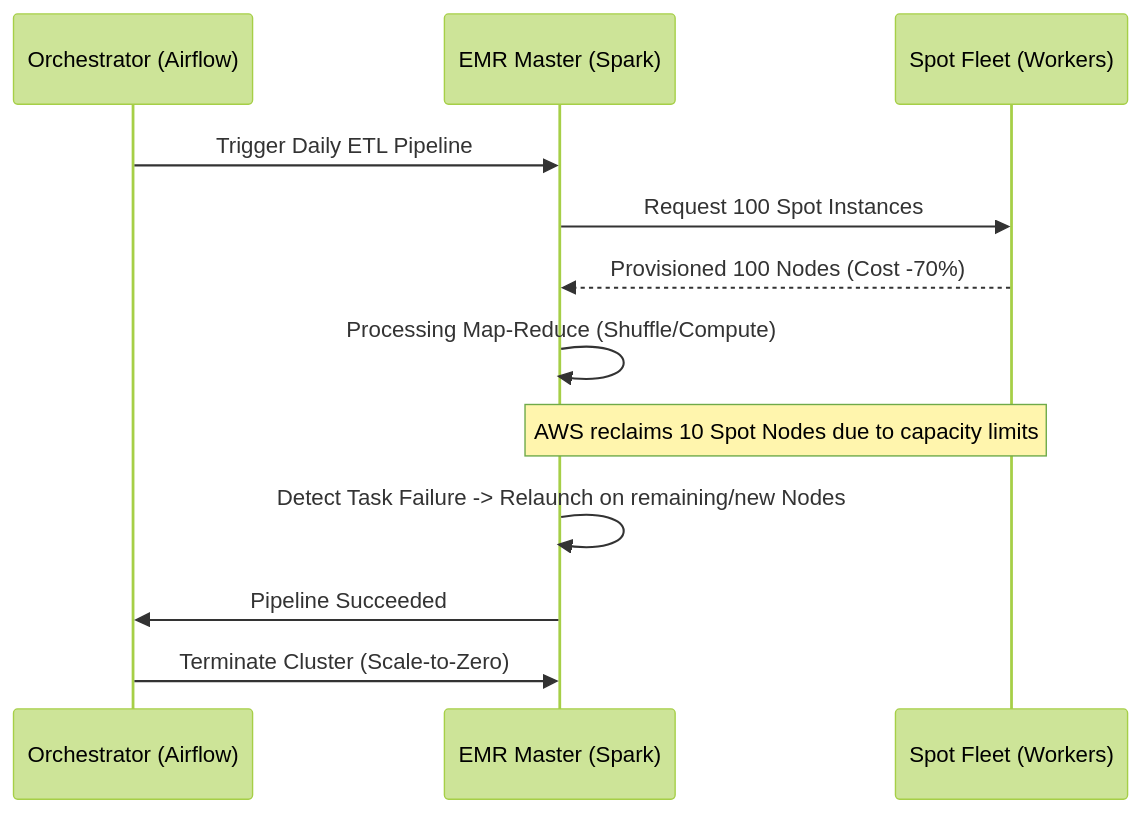
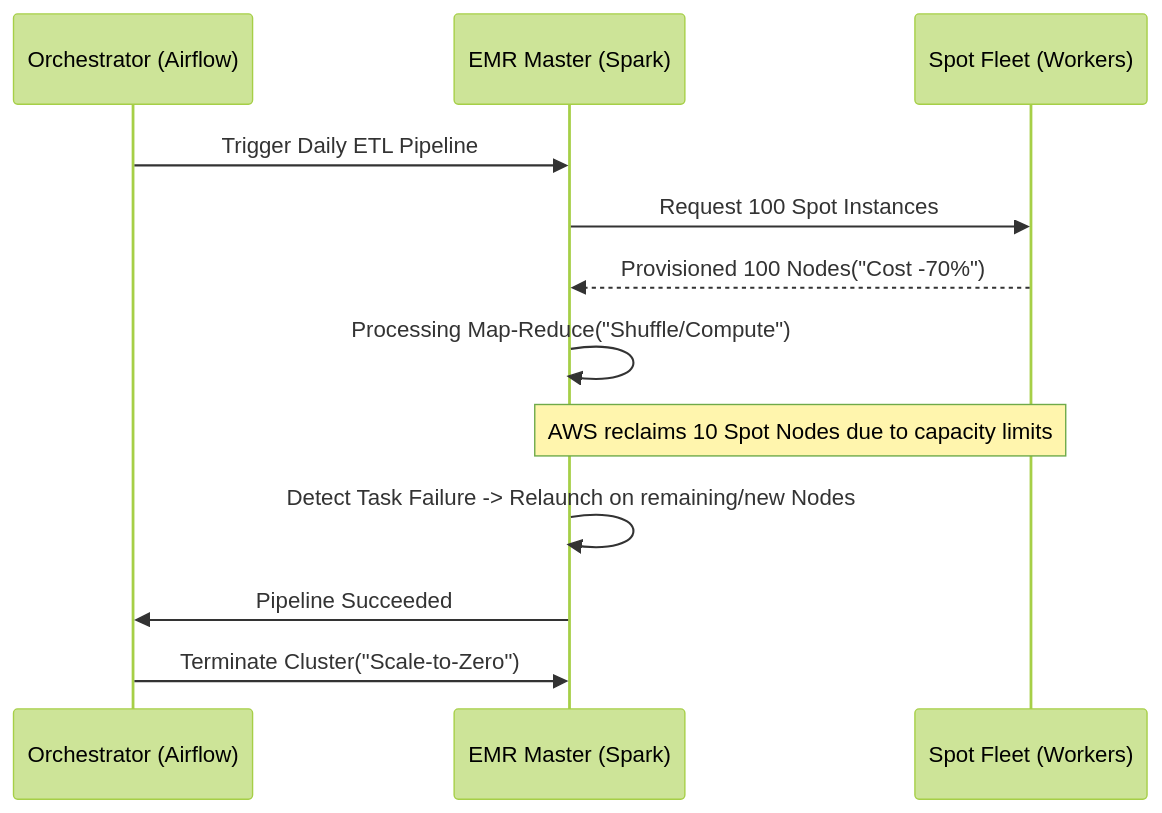
Before and after one commit to kythuatdulieu/kythuatdulieu.github.io: the second of 2 diagrams in src/content/docs/concepts/1-distributed-systems-architecture/data-platform-architecture.md, drawn with Mermaid (forest theme). The commit also changed other lines of this file and 190 other files, not shown here.

Commit message:
fix: resolve mermaid syntax, math rendering, and metadata issues from content rewrite

````diff
--- a/src/content/docs/concepts/1-distributed-systems-architecture/data-platform-architecture.md
+++ b/src/content/docs/concepts/1-distributed-systems-architecture/data-platform-architecture.md
@@ -168,15 +168,15 @@
 ```mermaid
 sequenceDiagram
     participant Airflow as Orchestrator (Airflow)
     participant EMR as EMR Master (Spark)
     participant Spot as Spot Fleet (Workers)
     
     Airflow->>EMR: Trigger Daily ETL Pipeline
     EMR->>Spot: Request 100 Spot Instances
-    Spot-->>EMR: Provisioned 100 Nodes (Cost -70%)
-    EMR->>EMR: Processing Map-Reduce (Shuffle/Compute)
+    Spot-->>EMR: Provisioned 100 Nodes("Cost -70%")
+    EMR->>EMR: Processing Map-Reduce("Shuffle/Compute")
     Note over Spot, EMR: AWS reclaims 10 Spot Nodes due to capacity limits
     EMR->>EMR: Detect Task Failure -> Relaunch on remaining/new Nodes
     EMR->>Airflow: Pipeline Succeeded
-    Airflow->>EMR: Terminate Cluster (Scale-to-Zero)
+    Airflow->>EMR: Terminate Cluster("Scale-to-Zero")
 ```
````
